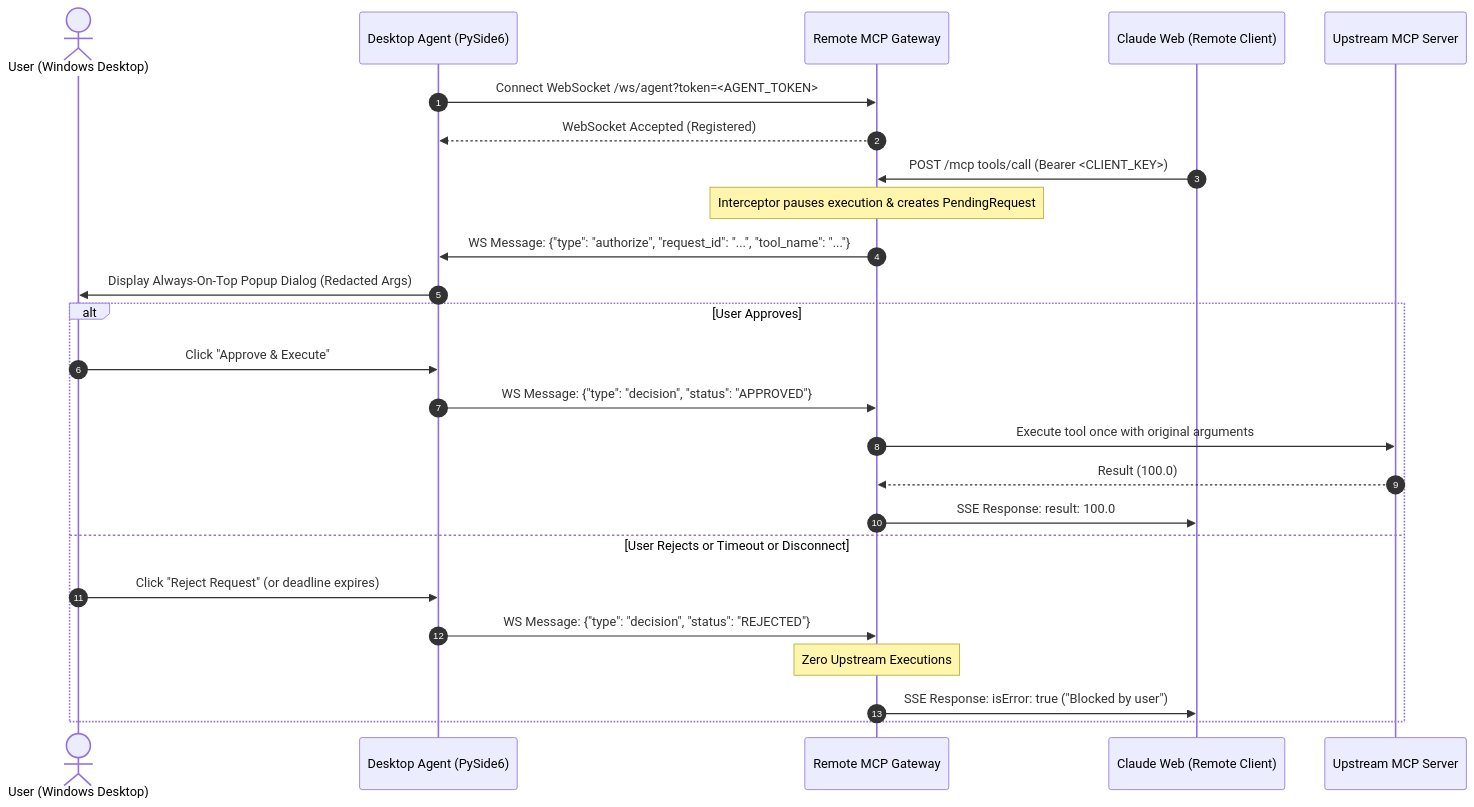
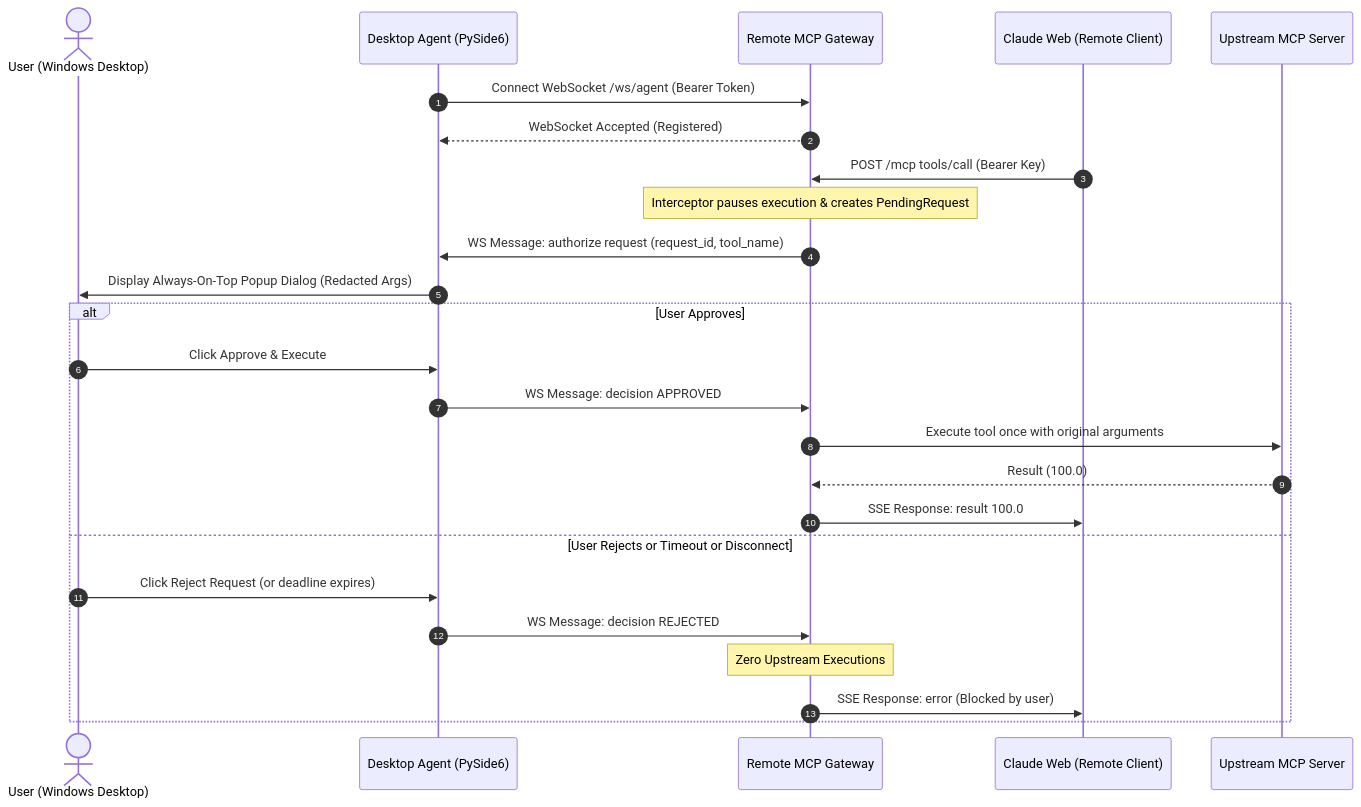
The second of 2 diagrams in docs/remote_mcp_gateway.md (shubhamsahu4747/mcp-monitoring), drawn with Mermaid before and after one commit. The commit also changed other lines of this file and 5 other files, not shown here.

Commit message:
feat: Enhance authorization request handling and add test runner for Remote MCP Client

````diff
--- a/docs/remote_mcp_gateway.md
+++ b/docs/remote_mcp_gateway.md
@@ -110,31 +110,31 @@
 ```mermaid
 sequenceDiagram
     autonumber
     actor User as User (Windows Desktop)
     participant Desktop as Desktop Agent (PySide6)
     participant Gateway as Remote MCP Gateway
     participant Claude as Claude Web (Remote Client)
     participant Upstream as Upstream MCP Server
 
-    Desktop->>Gateway: Connect WebSocket /ws/agent?token=<AGENT_TOKEN>
+    Desktop->>Gateway: Connect WebSocket /ws/agent (Bearer Token)
     Gateway-->>Desktop: WebSocket Accepted (Registered)
 
-    Claude->>Gateway: POST /mcp tools/call (Bearer <CLIENT_KEY>)
+    Claude->>Gateway: POST /mcp tools/call (Bearer Key)
     Note over Gateway: Interceptor pauses execution & creates PendingRequest
 
-    Gateway->>Desktop: WS Message: {"type": "authorize", "request_id": "...", "tool_name": "..."}
+    Gateway->>Desktop: WS Message: authorize request (request_id, tool_name)
     Desktop->>User: Display Always-On-Top Popup Dialog (Redacted Args)
     
     alt User Approves
-        User->>Desktop: Click "Approve & Execute"
-        Desktop->>Gateway: WS Message: {"type": "decision", "status": "APPROVED"}
+        User->>Desktop: Click Approve & Execute
+        Desktop->>Gateway: WS Message: decision APPROVED
         Gateway->>Upstream: Execute tool once with original arguments
         Upstream-->>Gateway: Result (100.0)
-        Gateway->>Claude: SSE Response: result: 100.0
+        Gateway->>Claude: SSE Response: result 100.0
     else User Rejects or Timeout or Disconnect
-        User->>Desktop: Click "Reject Request" (or deadline expires)
-        Desktop->>Gateway: WS Message: {"type": "decision", "status": "REJECTED"}
+        User->>Desktop: Click Reject Request (or deadline expires)
+        Desktop->>Gateway: WS Message: decision REJECTED
         Note over Gateway: Zero Upstream Executions
-        Gateway->>Claude: SSE Response: isError: true ("Blocked by user")
+        Gateway->>Claude: SSE Response: error (Blocked by user)
     end
 ```
````
